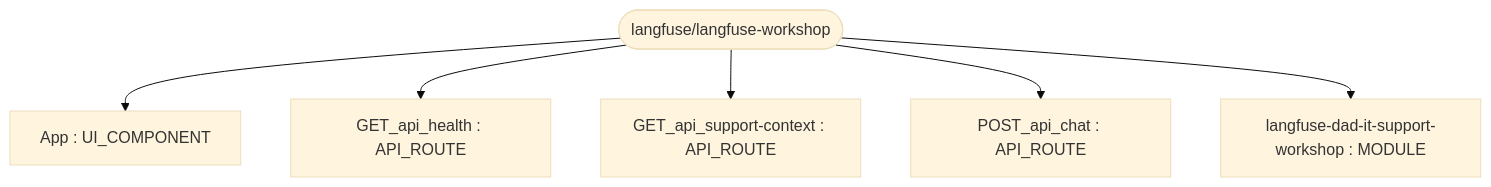
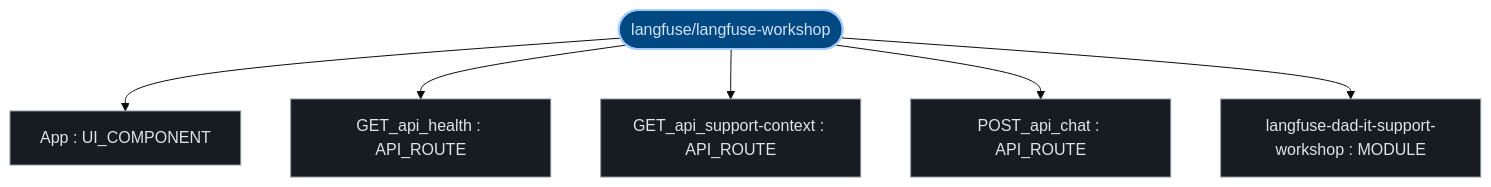
The first of 3 diagrams in exports/latest/reports/langfuse-langfuse-workshop-report.md (kumarshaz/atruss-code-atlas), drawn with Mermaid (base theme) before and after one commit. The commit also changed other lines of this file and 331 other files, not shown here.

Commit message:
docs,ui,fix: update SDLC docs, reorder CI/CD DAG first, stylize Mermaid, and fix Arc42 pipeline topology

````diff
--- a/exports/latest/reports/langfuse-langfuse-workshop-report.md
+++ b/exports/latest/reports/langfuse-langfuse-workshop-report.md
@@ -41,14 +41,21 @@
 ```mermaid
 graph TD;
-    langfuse_dad_it_support_workshop["langfuse-dad-it-support-workshop : MODULE"]
-    App["App : UI_COMPONENT"]
-    GET_api_health["GET_api_health : API_ROUTE"]
-    GET_api_support_context["GET_api_support-context : API_ROUTE"]
-    POST_api_chat["POST_api_chat : API_ROUTE"]
-    repo_root(["langfuse/langfuse-workshop"])
+  classDef atlasRoot fill:#004882,stroke:#a3c9ff,stroke-width:2px,color:#d3e4ff
+  classDef atlasCategory fill:#212428,stroke:#E87A48,stroke-width:1.5px,color:#dfe3eb
+  classDef atlasWorkflow fill:#1b2026,stroke:#a3c9ff,stroke-width:1.5px,color:#dfe3eb
+  classDef atlasJob fill:#171c22,stroke:#8d9199,stroke-width:1px,color:#dfe3eb
+  classDef atlasTarget fill:#005227,stroke:#8bd99b,stroke-width:1.5px,color:#a7f6b6
+  classDef atlasAlert fill:#93000a,stroke:#ffb4ab,stroke-width:1.5px,color:#ffdad6
+  classDef atlasMore fill:#252a31,stroke:#8d9199,stroke-dasharray:4 4,color:#c3c6cf
+    langfuse_dad_it_support_workshop["langfuse-dad-it-support-workshop : MODULE"]:::atlasJob
+    App["App : UI_COMPONENT"]:::atlasJob
+    GET_api_health["GET_api_health : API_ROUTE"]:::atlasJob
+    GET_api_support_context["GET_api_support-context : API_ROUTE"]:::atlasJob
+    POST_api_chat["POST_api_chat : API_ROUTE"]:::atlasJob
+    repo_root(["langfuse/langfuse-workshop"]):::atlasRoot
     repo_root --> App
     repo_root --> GET_api_health
     repo_root --> GET_api_support_context
     repo_root --> POST_api_chat
     repo_root --> langfuse_dad_it_support_workshop
 ```
````
